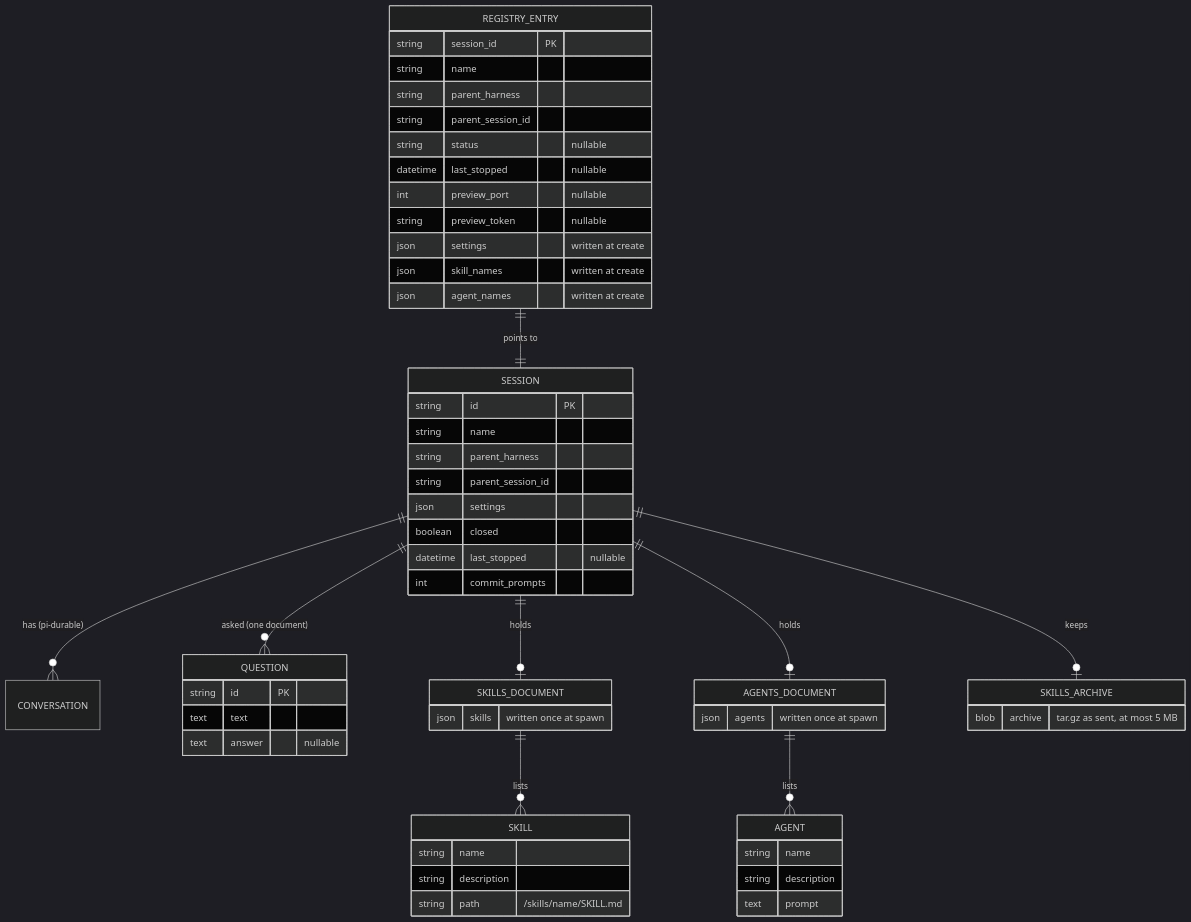
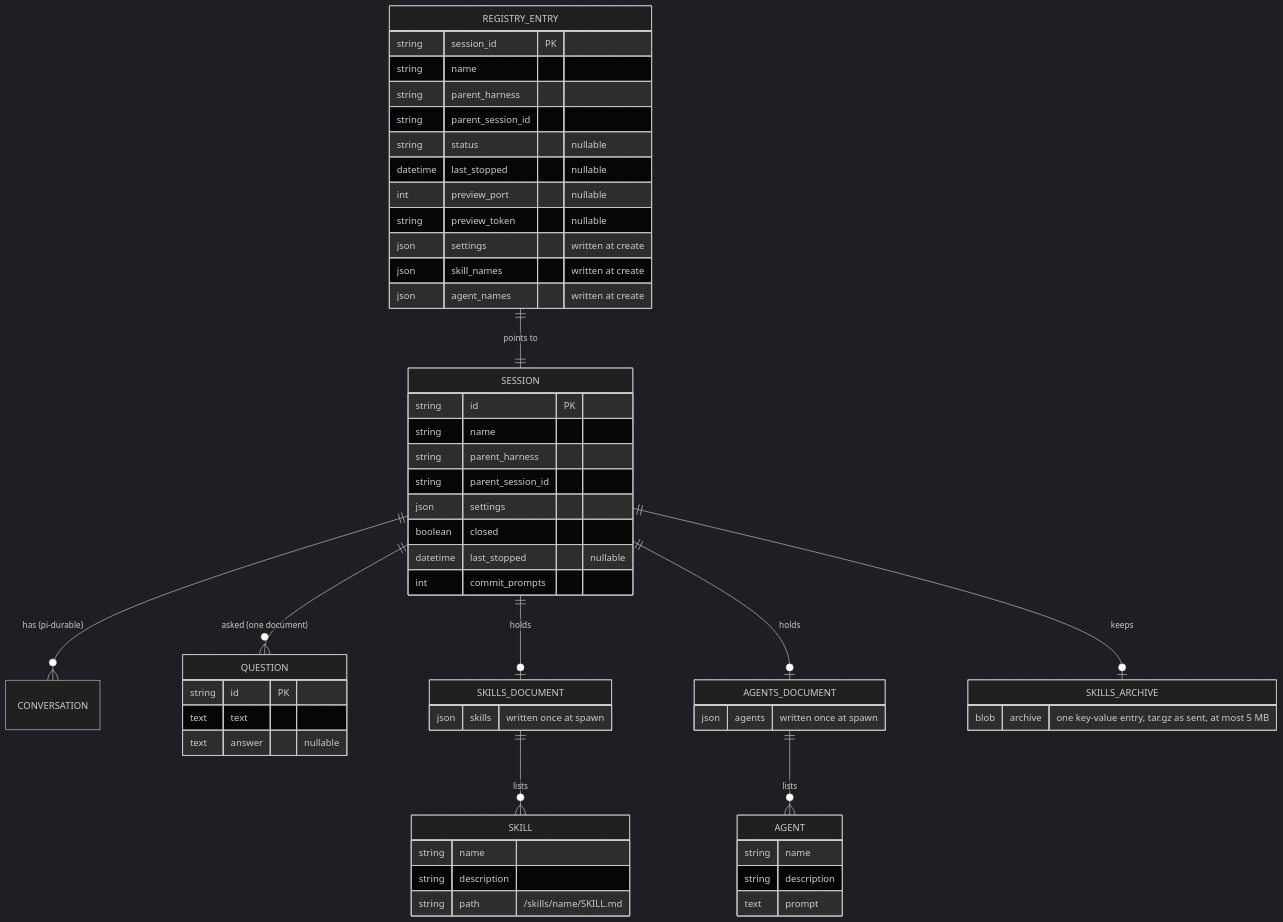
Before and after one commit to asermax/tentacles: the second of 9 diagrams in docs/technical-design/sessions.md, drawn with Mermaid (dark theme). The commit also changed other lines of this file and 2 other files, not shown here.

Commit message:
docs(technical-design): describe archive errors, key-value archive storage and failed workspace starts

````diff
--- a/docs/technical-design/sessions.md
+++ b/docs/technical-design/sessions.md
@@ -63,58 +63,58 @@
 ```mermaid
 erDiagram
     REGISTRY_ENTRY ||--|| SESSION : "points to"
     SESSION ||--o{ CONVERSATION : "has (pi-durable)"
     SESSION ||--o{ QUESTION : "asked (one document)"
     SESSION ||--o| SKILLS_DOCUMENT : "holds"
     SESSION ||--o| AGENTS_DOCUMENT : "holds"
     SESSION ||--o| SKILLS_ARCHIVE : "keeps"
     SKILLS_DOCUMENT ||--o{ SKILL : "lists"
     AGENTS_DOCUMENT ||--o{ AGENT : "lists"
     REGISTRY_ENTRY {
         string session_id PK
         string name
         string parent_harness
         string parent_session_id
         string status "nullable"
         datetime last_stopped "nullable"
         int preview_port "nullable"
         string preview_token "nullable"
         json settings "written at create"
         json skill_names "written at create"
         json agent_names "written at create"
     }
     SESSION {
         string id PK
         string name
         string parent_harness
         string parent_session_id
         json settings
         boolean closed
         datetime last_stopped "nullable"
         int commit_prompts
     }
     QUESTION {
         string id PK
         text text
         text answer "nullable"
     }
     SKILLS_DOCUMENT {
         json skills "written once at spawn"
     }
     AGENTS_DOCUMENT {
         json agents "written once at spawn"
     }
     SKILL {
         string name
         string description
         string path "/skills/name/SKILL.md"
     }
     AGENT {
         string name
         string description
         text prompt
     }
     SKILLS_ARCHIVE {
-        blob archive "tar.gz as sent, at most 5 MB"
+        blob archive "one key-value entry, tar.gz as sent, at most 5 MB"
     }
 ```
````
